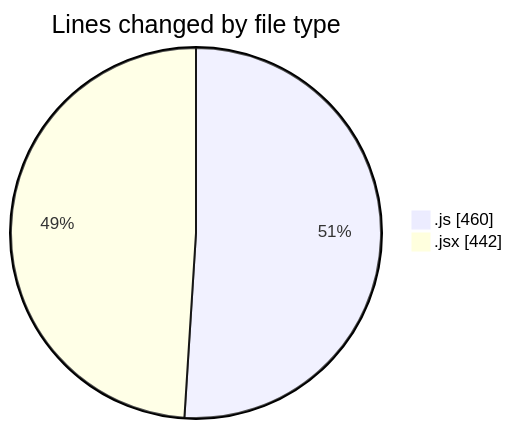
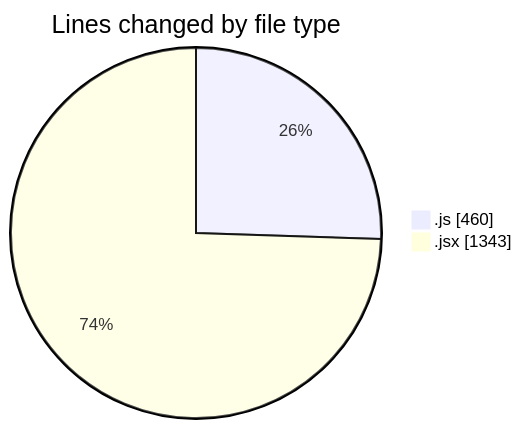
The first of 2 diagrams in 2025-09-19/nxtqube_webapp/README.md (nxtqubesakshisongat/code-tracking), drawn with Mermaid before and after one commit. The commit also changed other lines of this file and 1 other file, not shown here.

````diff
--- a/2025-09-19/nxtqube_webapp/README.md
+++ b/2025-09-19/nxtqube_webapp/README.md
@@ -21,6 +22,6 @@
 ```mermaid
 pie showData
 title Lines changed by file type
 ".js" : 460
-".jsx" : 442
+".jsx" : 1343
 ```
````
